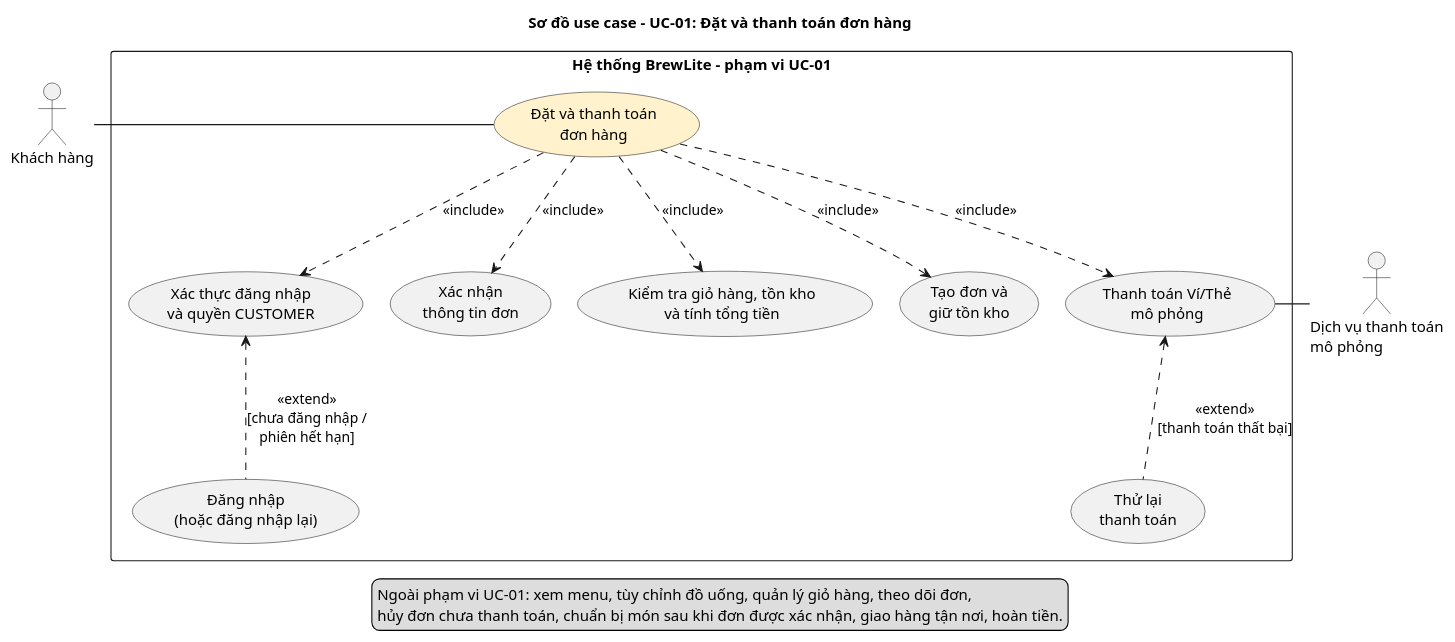
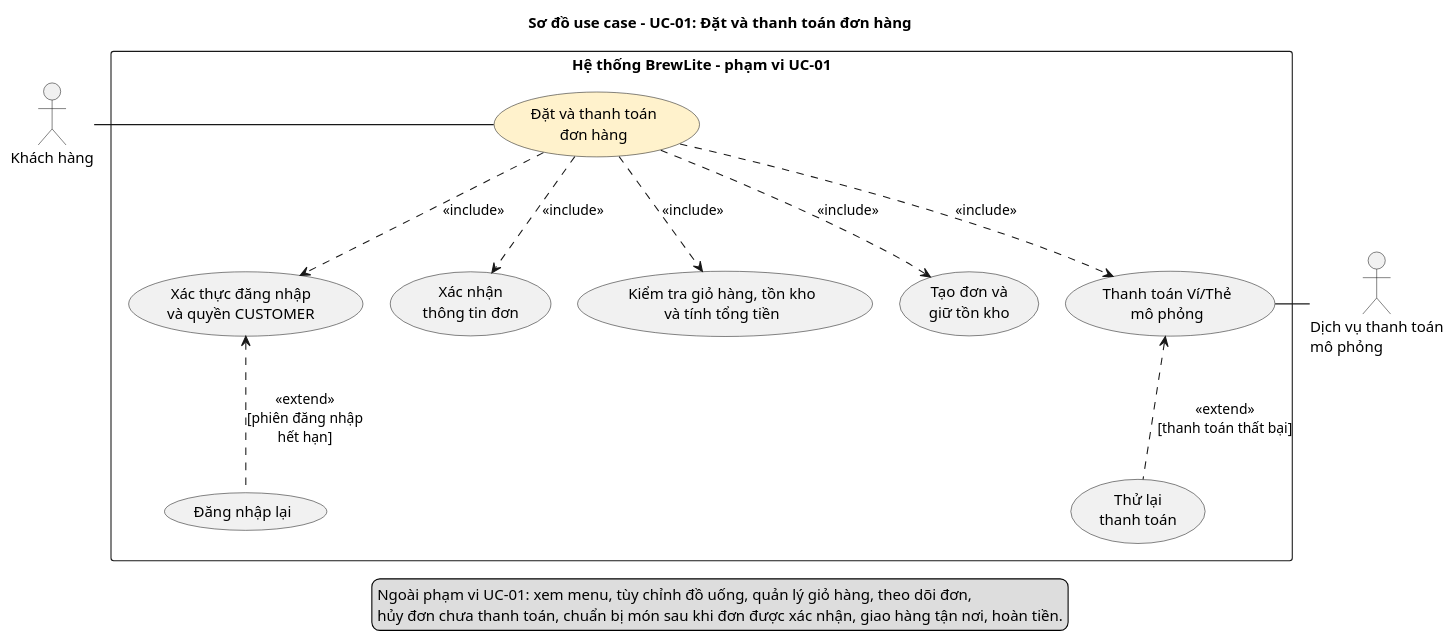
Before and after one commit to nguyenmintam23-z/CNPM: the diagram in docs/diagrams/usecase-checkout.puml, drawn with PlantUML. The commit also changed 6 other files, not shown here.

First line of the commit message:
docs(task1.3): yêu cầu đăng nhập trước khi xem menu và đặt món

```diff
--- a/docs/diagrams/usecase-checkout.puml
+++ b/docs/diagrams/usecase-checkout.puml
@@ -1,48 +1,48 @@
 @startuml
 top to bottom direction
 skinparam shadowing false
 skinparam packageStyle rectangle
 skinparam nodesep 25
 skinparam ranksep 60
 
 title Sơ đồ use case - UC-01: Đặt và thanh toán đơn hàng
 
 actor "Khách hàng" as Customer
 actor "Dịch vụ thanh toán\nmô phỏng" as PaymentSvc
 
 rectangle "Hệ thống BrewLite - phạm vi UC-01" {
   usecase "Đặt và thanh toán\nđơn hàng" as UC01 #FFF2CC
 
   usecase "Xác thực đăng nhập\nvà quyền CUSTOMER" as UC_Auth
   usecase "Xác nhận\nthông tin đơn" as UC_Confirm
   usecase "Kiểm tra giỏ hàng, tồn kho\nvà tính tổng tiền" as UC_Validate
   usecase "Tạo đơn và\ngiữ tồn kho" as UC_Create
   usecase "Thanh toán Ví/Thẻ\nmô phỏng" as UC_Pay
 
-  usecase "Đăng nhập\n(hoặc đăng nhập lại)" as UC_Relogin
+  usecase "Đăng nhập lại" as UC_Relogin
   usecase "Thử lại\nthanh toán" as UC_Retry
 }
 
 Customer -right- UC01
 UC_Pay -right- PaymentSvc
 
 UC01 .down.> UC_Auth : <<include>>
 UC01 .down.> UC_Confirm : <<include>>
 UC01 .down.> UC_Validate : <<include>>
 UC01 .down.> UC_Create : <<include>>
 UC01 .down.> UC_Pay : <<include>>
 
-UC_Auth <.down. UC_Relogin : <<extend>>\n[chưa đăng nhập /\nphiên hết hạn]
+UC_Auth <.down. UC_Relogin : <<extend>>\n[phiên đăng nhập\nhết hạn]
 UC_Pay <.down. UC_Retry : <<extend>>\n[thanh toán thất bại]
 
 UC_Auth -[hidden]right- UC_Confirm
 UC_Confirm -[hidden]right- UC_Validate
 UC_Validate -[hidden]right- UC_Create
 UC_Create -[hidden]right- UC_Pay
 
 legend bottom
   Ngoài phạm vi UC-01: xem menu, tùy chỉnh đồ uống, quản lý giỏ hàng, theo dõi đơn,
   hủy đơn chưa thanh toán, chuẩn bị món sau khi đơn được xác nhận, giao hàng tận nơi, hoàn tiền.
 endlegend
 
 @enduml
```
